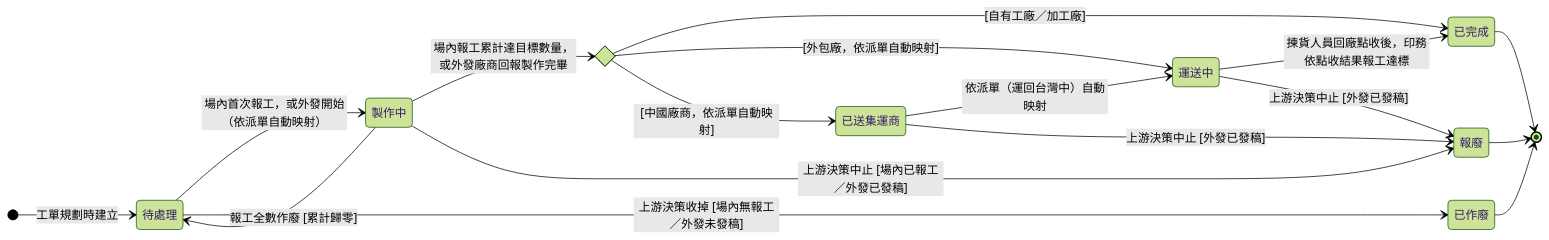
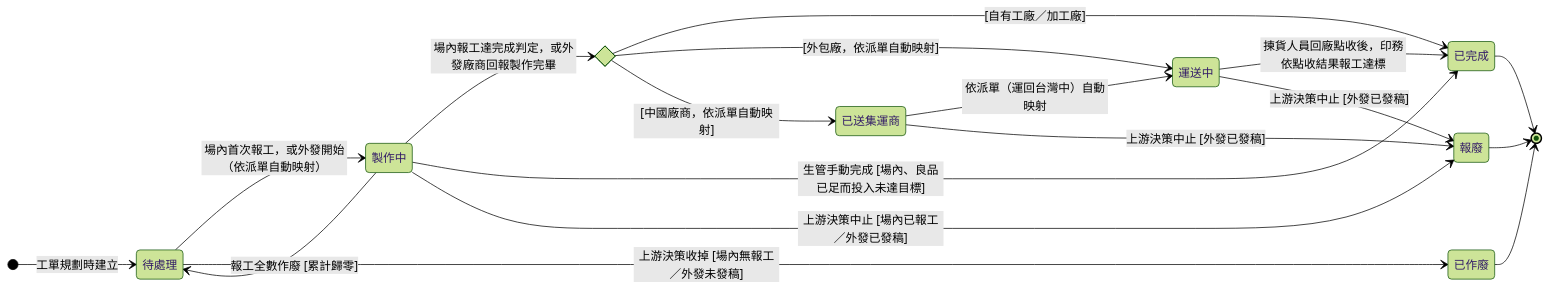
One commit to Kawato-Miles/erp-spec changed the diagram in memory/Sens_wiki/wiki/erp/06-state-machines/生產任務狀態.md. Above: the diagram before and after it, drawn with Mermaid (forest theme). The commit also changed other lines of this file and 24 other files, not shown here.

````diff
--- a/memory/Sens_wiki/wiki/erp/06-state-machines/生產任務狀態.md
+++ b/memory/Sens_wiki/wiki/erp/06-state-machines/生產任務狀態.md
@@ -49,34 +49,35 @@
 ```mermaid
 stateDiagram-v2
     direction LR
 
     [*] --> s_pending : 工單規劃時建立
 
     state "待處理" as s_pending
     state "製作中" as s_making
     state "已送集運商" as s_consolidator
     state "運送中" as s_shipping
     state "已完成" as s_done
     state "已作廢" as s_void
     state "報廢" as s_scrap
     state route <<choice>>
 
     s_pending --> s_making : 場內首次報工，或外發開始（依派單自動映射）
-    s_making --> route : 場內報工累計達目標數量，或外發廠商回報製作完畢
+    s_making --> route : 場內報工達完成判定，或外發廠商回報製作完畢
     route --> s_done : [自有工廠／加工廠]
     route --> s_shipping : [外包廠，依派單自動映射]
     route --> s_consolidator : [中國廠商，依派單自動映射]
     s_consolidator --> s_shipping : 依派單（運回台灣中）自動映射
     s_shipping --> s_done : 揀貨人員回廠點收後，印務依點收結果報工達標
+    s_making --> s_done : 生管手動完成 [場內、良品已足而投入未達目標]
 
     s_making --> s_pending : 報工全數作廢 [累計歸零]
 
     s_pending --> s_void : 上游決策收掉 [場內無報工／外發未發稿]
     s_making --> s_scrap : 上游決策中止 [場內已報工／外發已發稿]
     s_consolidator --> s_scrap : 上游決策中止 [外發已發稿]
     s_shipping --> s_scrap : 上游決策中止 [外發已發稿]
 
     s_done --> [*]
     s_void --> [*]
     s_scrap --> [*]
 ```
````
